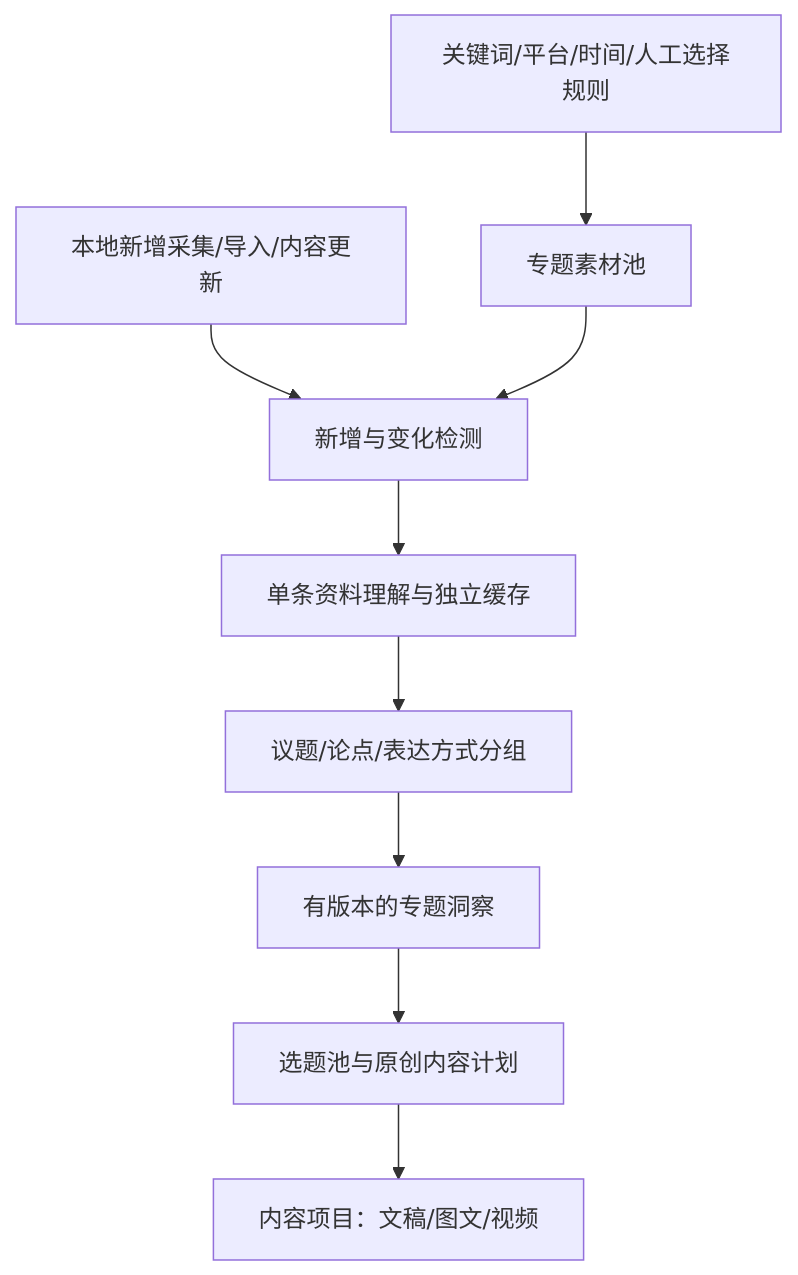
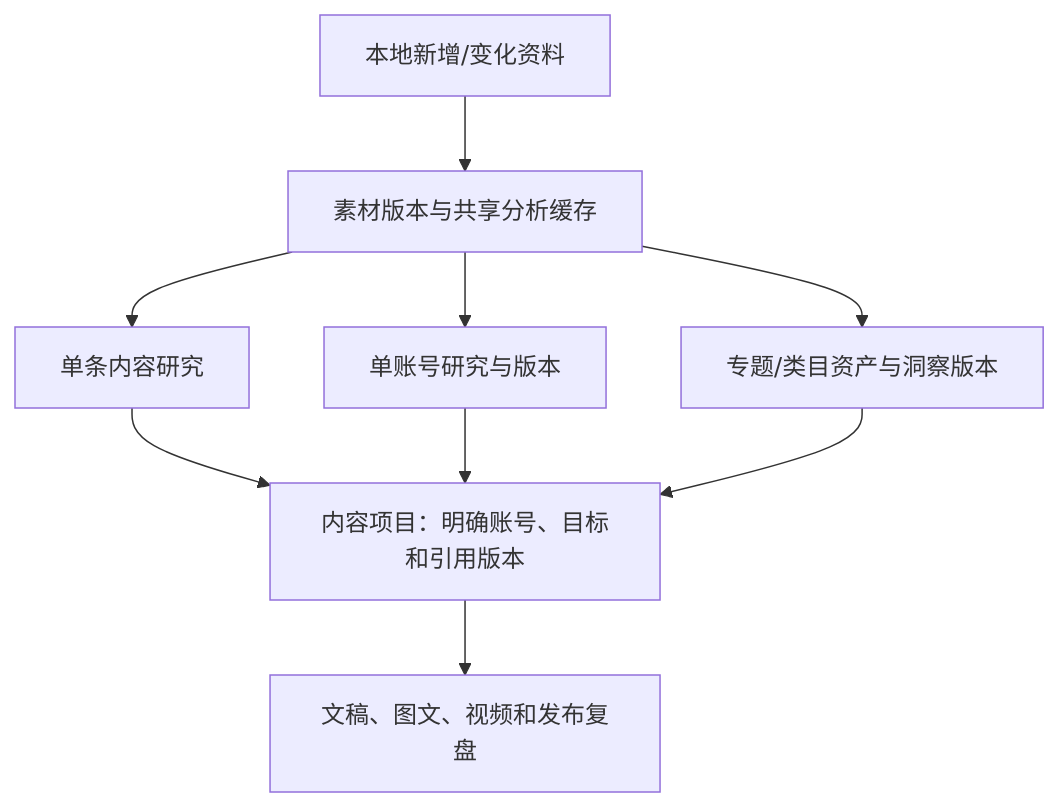
Before and after one commit to Stephen240213/MediaCrawler: the diagram in docs/reviews/keyword-incremental-analysis-design-2026-10-26.md, drawn with Mermaid. The commit also changed other lines of this file, not shown here.

Commit message:
docs: separate item account and category research scopes

````diff
--- a/docs/reviews/keyword-incremental-analysis-design-2026-10-26.md
+++ b/docs/reviews/keyword-incremental-analysis-design-2026-10-26.md
@@ -19,11 +25,11 @@
 ```mermaid
 flowchart TD
-    RULE[关键词/平台/时间/人工选择规则] --> POOL[专题素材池]
-    INGEST[本地新增采集/导入/内容更新] --> DELTA[新增与变化检测]
-    POOL --> DELTA
-    DELTA --> BASE[单条资料理解与独立缓存]
-    BASE --> GROUP[议题/论点/表达方式分组]
-    GROUP --> SYNTH[有版本的专题洞察]
-    SYNTH --> PLAN[选题池与原创内容计划]
-    PLAN --> PROJECT[内容项目：文稿/图文/视频]
+    INGEST[本地新增/变化资料] --> BASE[素材版本与共享分析缓存]
+    BASE --> SINGLE[单条内容研究]
+    BASE --> ACCOUNT[单账号研究与版本]
+    BASE --> TOPIC[专题/类目资产与洞察版本]
+    SINGLE --> PROJECT[内容项目：明确账号、目标和引用版本]
+    ACCOUNT --> PROJECT
+    TOPIC --> PROJECT
+    PROJECT --> OUTPUT[文稿、图文、视频和发布复盘]
 ```
````
